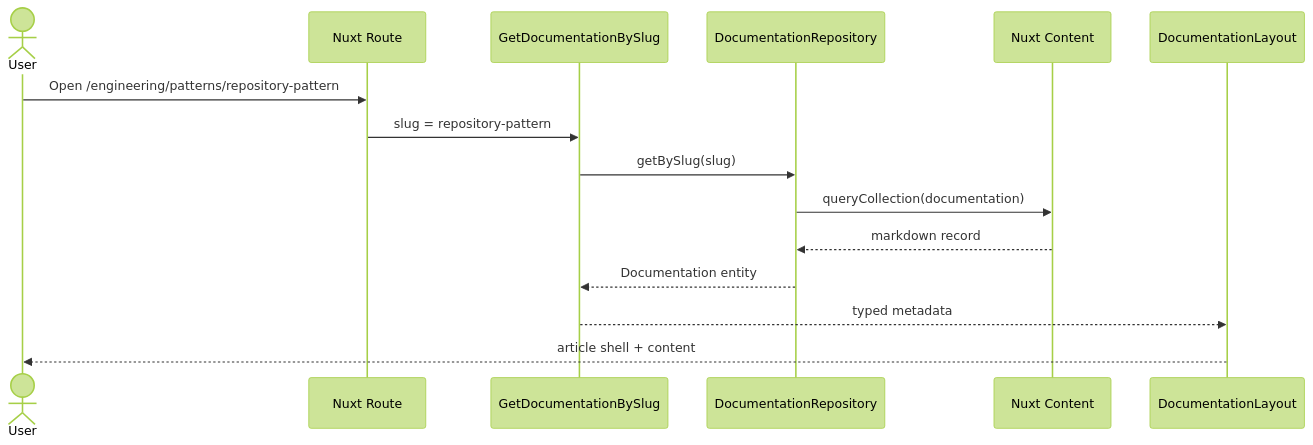
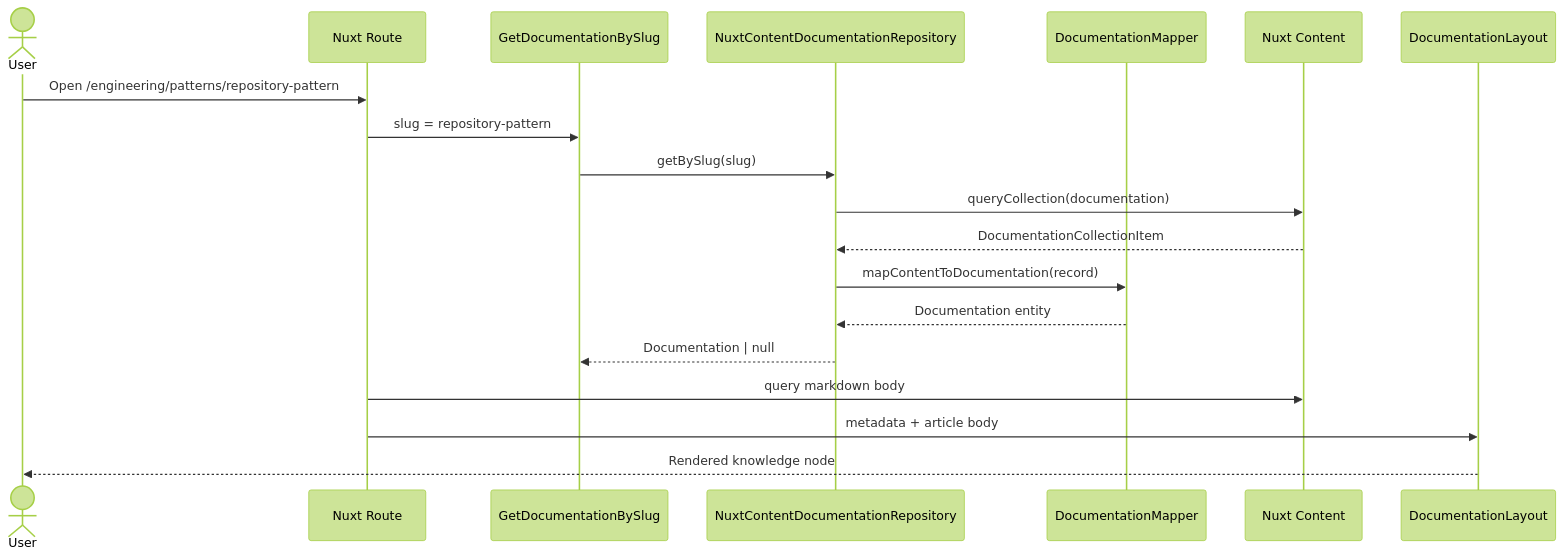
The second of 3 diagrams in portfolio/src/content/documentation/lld/portfolio-lld.md (Rofikali/Portfolio-Rofik), drawn with Mermaid (forest theme) before and after one commit. The commit also changed other lines of this file and 27 other files, not shown here.

````diff
--- a/portfolio/src/content/documentation/lld/portfolio-lld.md
+++ b/portfolio/src/content/documentation/lld/portfolio-lld.md
@@ -35,17 +171,22 @@
 ```mermaid
 sequenceDiagram
   actor User
   participant Route as Nuxt Route
   participant UseCase as GetDocumentationBySlug
-  participant Repo as DocumentationRepository
+  participant Repo as NuxtContentDocumentationRepository
+  participant Mapper as DocumentationMapper
   participant Content as Nuxt Content
   participant Layout as DocumentationLayout
+
   User->>Route: Open /engineering/patterns/repository-pattern
   Route->>UseCase: slug = repository-pattern
   UseCase->>Repo: getBySlug(slug)
   Repo->>Content: queryCollection(documentation)
-  Content-->>Repo: markdown record
-  Repo-->>UseCase: Documentation entity
-  UseCase-->>Layout: typed metadata
-  Layout-->>User: article shell + content
+  Content-->>Repo: DocumentationCollectionItem
+  Repo->>Mapper: mapContentToDocumentation(record)
+  Mapper-->>Repo: Documentation entity
+  Repo-->>UseCase: Documentation | null
+  Route->>Content: query markdown body
+  Route->>Layout: metadata + article body
+  Layout-->>User: Rendered knowledge node
 ```
````
